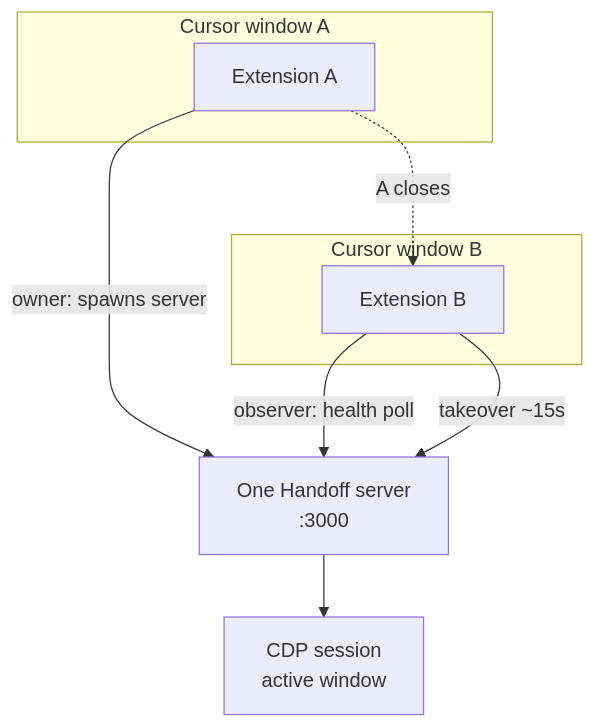
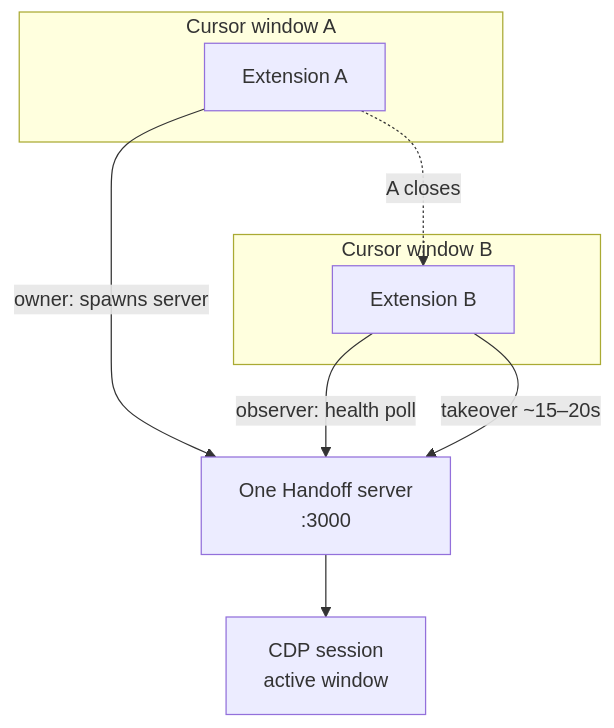
The fourth of 4 diagrams in docs/architecture.md (W1ldGodlike/CursorHandoff), drawn with Mermaid before and after one commit. The commit also changed other lines of this file and 30 other files, not shown here.

````diff
--- a/docs/architecture.md
+++ b/docs/architecture.md
@@ -177,19 +185,19 @@
 ```mermaid
 flowchart TB
   subgraph winA["Cursor window A"]
     A["Extension A"]
   end
 
   subgraph winB["Cursor window B"]
     B["Extension B"]
   end
 
   SRV["One Handoff server\n:3000"]
   CDP["CDP session\nactive window"]
 
   A -->|owner: spawns server| SRV
   B -->|observer: health poll| SRV
   SRV --> CDP
   A -.->|A closes| B
-  B -->|takeover ~15s| SRV
+  B -->|takeover ~15–20s| SRV
 ```
````
